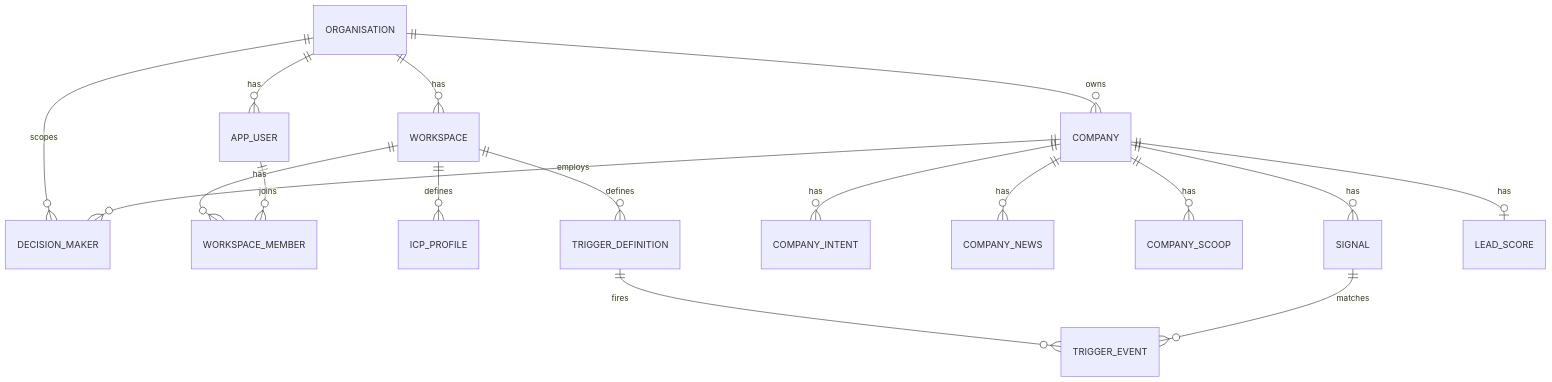
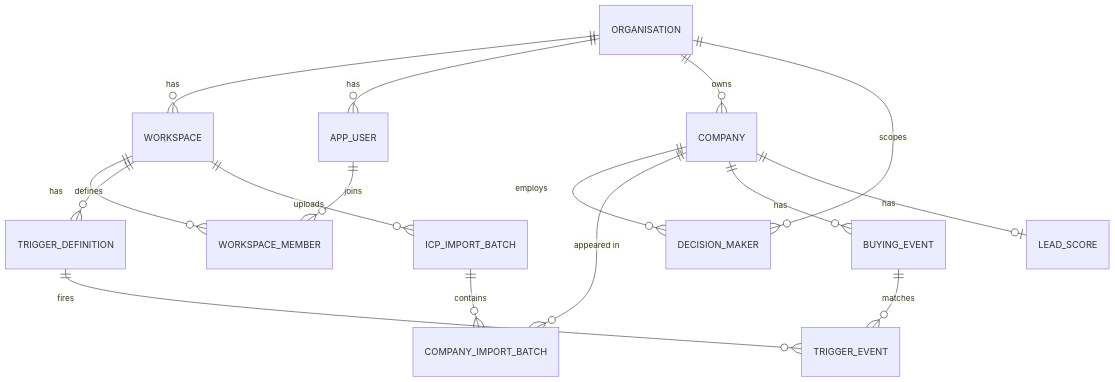
One commit to nerve-sparks/Sales-Intelligence-Agent changed the second of 2 diagrams in README.md. Above: the diagram before and after it, drawn with Mermaid. The commit also changed other lines of this file and 36 other files, not shown here.

````diff
--- a/README.md
+++ b/README.md
@@ -41,19 +64,18 @@
 ```mermaid
 erDiagram
     ORGANISATION ||--o{ WORKSPACE : has
     ORGANISATION ||--o{ APP_USER : has
     ORGANISATION ||--o{ COMPANY : owns
     ORGANISATION ||--o{ DECISION_MAKER : scopes
     WORKSPACE ||--o{ WORKSPACE_MEMBER : has
     APP_USER ||--o{ WORKSPACE_MEMBER : joins
-    WORKSPACE ||--o{ ICP_PROFILE : defines
     WORKSPACE ||--o{ TRIGGER_DEFINITION : defines
+    WORKSPACE ||--o{ ICP_IMPORT_BATCH : uploads
     COMPANY ||--o{ DECISION_MAKER : employs
-    COMPANY ||--o{ COMPANY_INTENT : has
-    COMPANY ||--o{ COMPANY_NEWS : has
-    COMPANY ||--o{ COMPANY_SCOOP : has
-    COMPANY ||--o{ SIGNAL : has
+    COMPANY ||--o{ COMPANY_IMPORT_BATCH : "appeared in"
+    ICP_IMPORT_BATCH ||--o{ COMPANY_IMPORT_BATCH : contains
+    COMPANY ||--o{ BUYING_EVENT : has
     COMPANY ||--o| LEAD_SCORE : has
     TRIGGER_DEFINITION ||--o{ TRIGGER_EVENT : fires
-    SIGNAL ||--o{ TRIGGER_EVENT : matches
+    BUYING_EVENT ||--o{ TRIGGER_EVENT : matches
 ```
````
